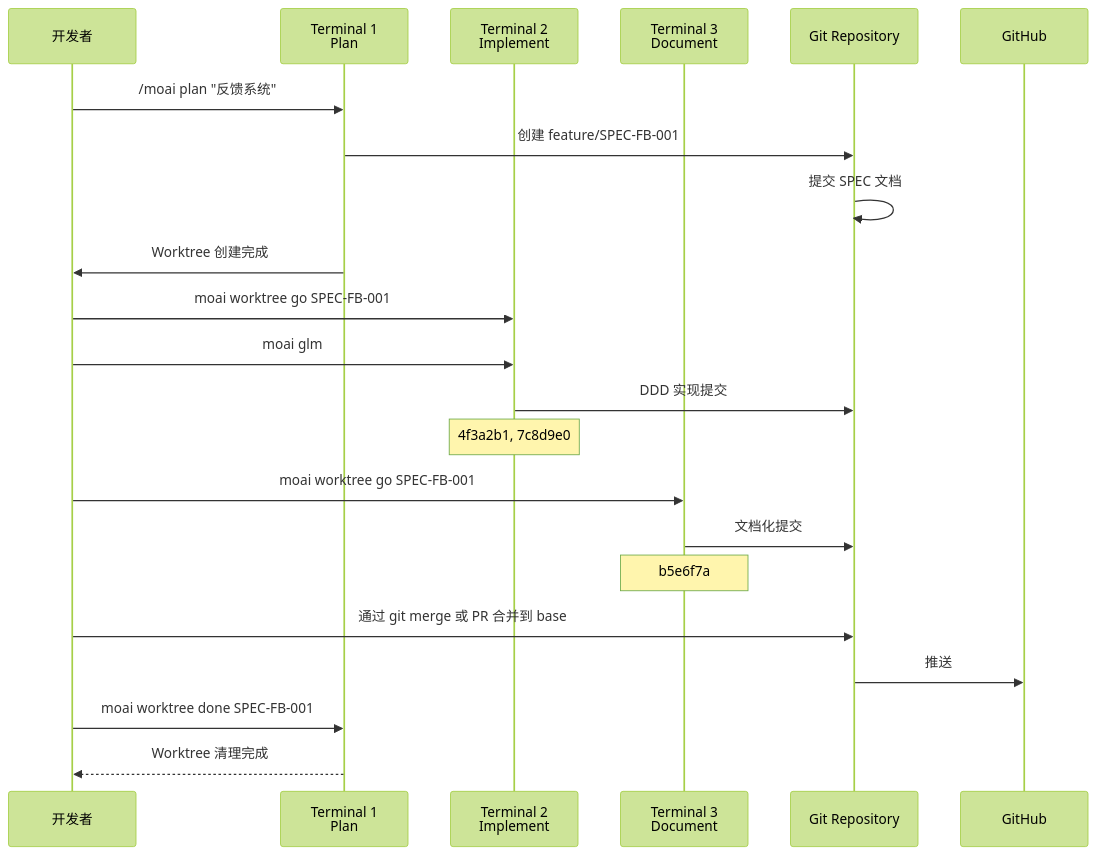
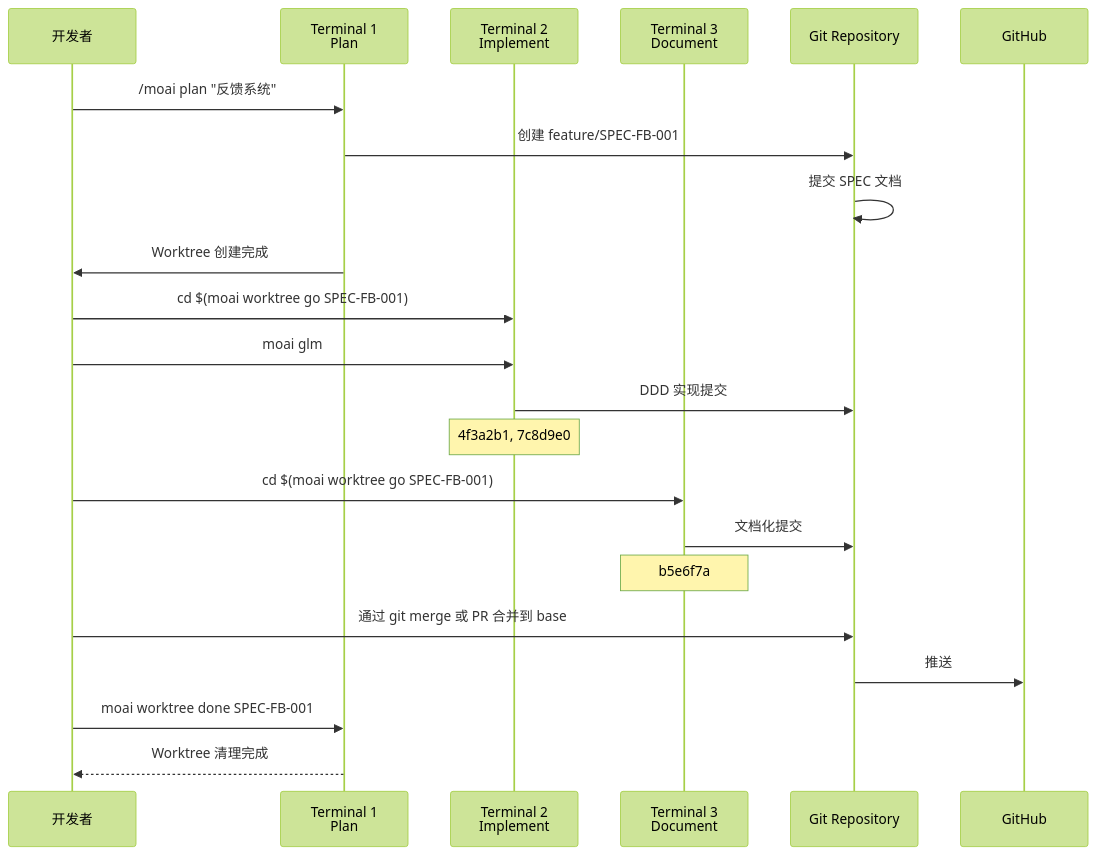
The fourth of 4 diagrams in mirrors/repos/modu-ai@moai-adk/docs-site/content/zh/worktree/examples.md (gabrielmoreira/agent-skills-mirror), drawn with Mermaid (forest theme) before and after one commit. The commit also changed other lines of this file and 1228 other files, not shown here.

````diff
--- a/mirrors/repos/modu-ai@moai-adk/docs-site/content/zh/worktree/examples.md
+++ b/mirrors/repos/modu-ai@moai-adk/docs-site/content/zh/worktree/examples.md
@@ -424,28 +424,28 @@
 ```mermaid
 sequenceDiagram
     participant Dev as 开发者
     participant T1 as Terminal 1<br/>Plan
     participant T2 as Terminal 2<br/>Implement
     participant T3 as Terminal 3<br/>Document
     participant Git as Git Repository
     participant Remote as GitHub
 
     Dev->>T1: /moai plan "反馈系统"
     T1->>Git: 创建 feature/SPEC-FB-001
     Git->>Git: 提交 SPEC 文档
     T1->>Dev: Worktree 创建完成
 
-    Dev->>T2: moai worktree go SPEC-FB-001
+    Dev->>T2: cd $(moai worktree go SPEC-FB-001)
     Dev->>T2: moai glm
     T2->>Git: DDD 实现提交
     Note over T2: 4f3a2b1, 7c8d9e0
 
-    Dev->>T3: moai worktree go SPEC-FB-001
+    Dev->>T3: cd $(moai worktree go SPEC-FB-001)
     T3->>Git: 文档化提交
     Note over T3: b5e6f7a
 
     Dev->>Git: 通过 git merge 或 PR 合并到 base
     Git->>Remote: 推送
     Dev->>T1: moai worktree done SPEC-FB-001
     T1-->>Dev: Worktree 清理完成
 ```
````
